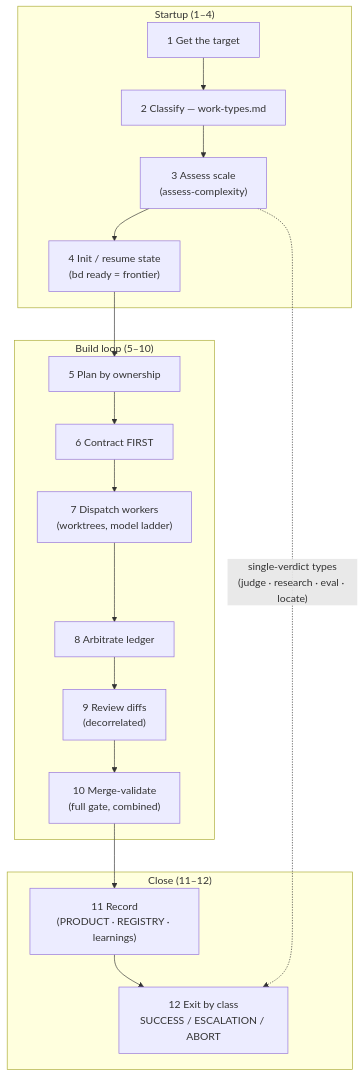
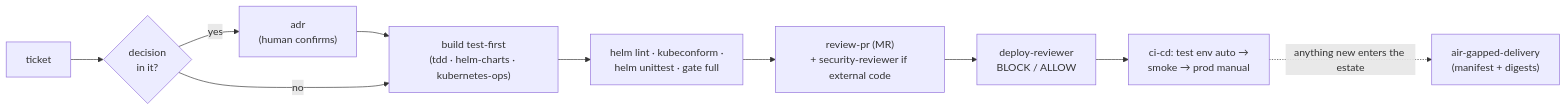
Before and after one commit to KSriki/agent-harness-template: the first of 5 diagrams in docs/workflows.md, drawn with Mermaid. The commit also changed other lines of this file and 12 other files, not shown here.

````diff
--- a/docs/workflows.md
+++ b/docs/workflows.md
@@ -22,15 +22,8 @@
 ```mermaid
-flowchart TB
-    subgraph startup ["Startup (1–4)"]
-        S1["1 Get the target"] --> S2["2 Classify — work-types.md"] --> S3["3 Assess scale<br/>(assess-complexity)"] --> S4["4 Init / resume state<br/>(bd ready = frontier)"]
-    end
-    subgraph loop ["Build loop (5–10)"]
-        S5["5 Plan by ownership"] --> S6["6 Contract FIRST"] --> S7["7 Dispatch workers<br/>(worktrees, model ladder)"] --> S8["8 Arbitrate ledger"] --> S9["9 Review diffs<br/>(decorrelated)"] --> S10["10 Merge-validate<br/>(full gate, combined)"]
-    end
-    subgraph close ["Close (11–12)"]
-        S11["11 Record<br/>(PRODUCT · REGISTRY · learnings)"] --> S12["12 Exit by class<br/>SUCCESS / ESCALATION / ABORT"]
-    end
-    S4 --> S5
-    S10 --> S11
-    S3 -. "single-verdict types<br/>(judge · research · eval · locate)" .-> S12
+flowchart LR
+    T["ticket"] --> D{"decision<br/>in it?"}
+    D -- yes --> ADR["adr<br/>(human confirms)"] --> B
+    D -- no --> B["build test-first<br/>(tdd · helm-charts · kubernetes-ops)"]
+    B --> V["helm lint · kubeconform ·<br/>helm unittest · gate full"] --> MR["review-pr (MR)<br/>+ security-reviewer if external code"] --> DR["deploy-reviewer<br/>BLOCK / ALLOW"] --> CI["ci-cd: test env auto →<br/>smoke → prod manual"]
+    CI -. anything new enters the estate .-> AG["air-gapped-delivery<br/>(manifest + digests)"]
 ```
````
